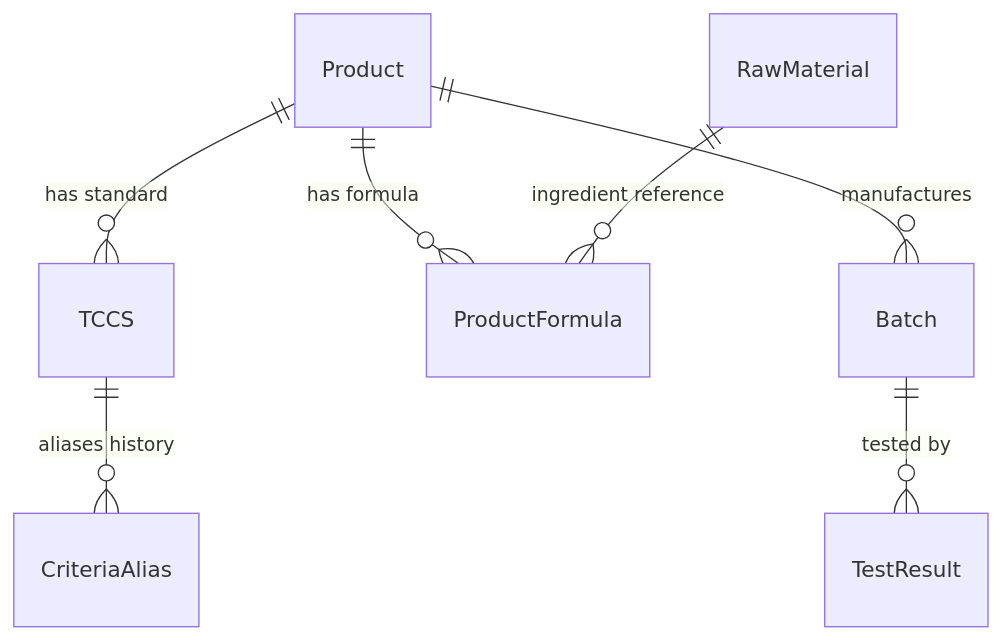
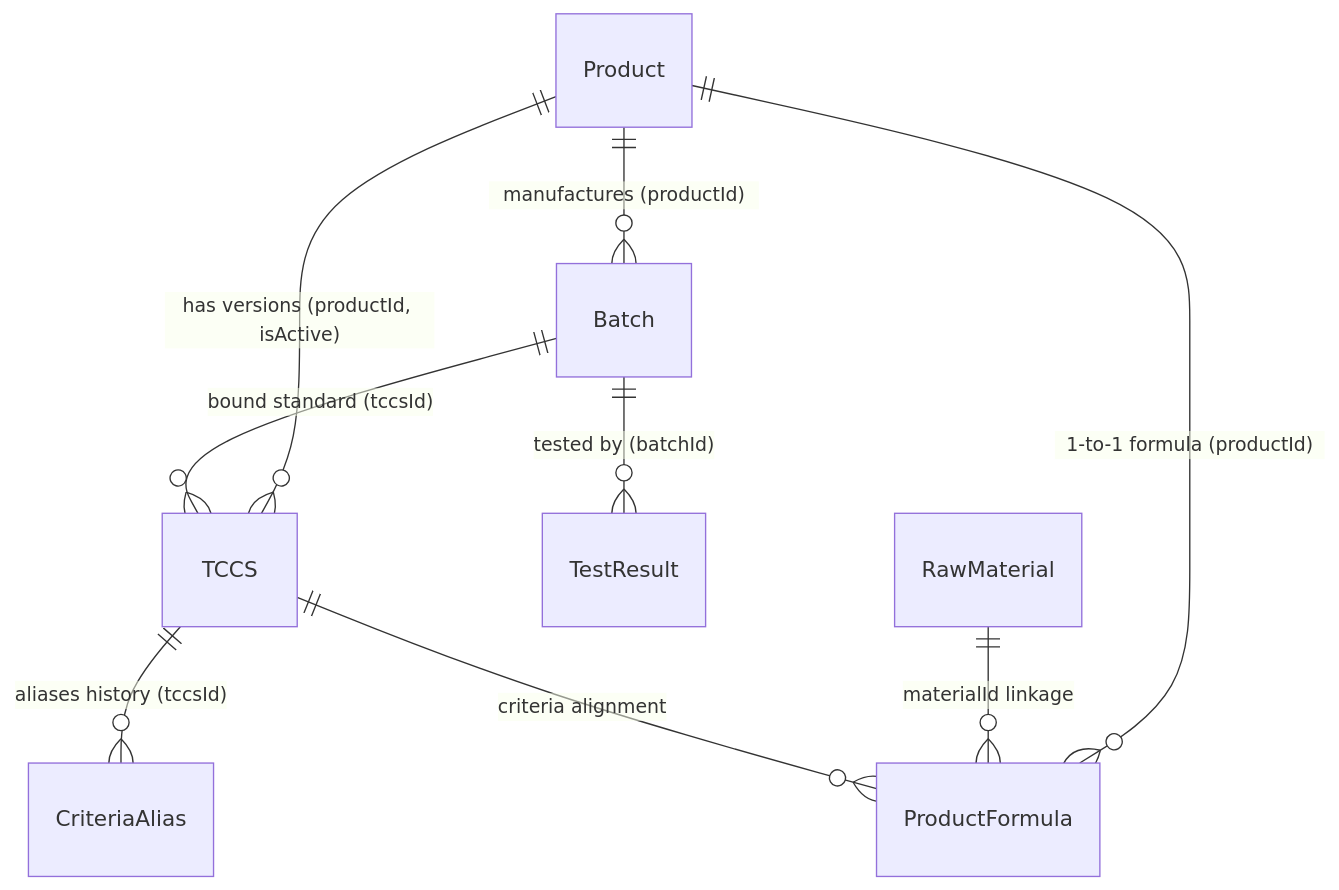
The diagram in PROJECT_OVERVIEW.md (bacnam1994/PQM), drawn with Mermaid before and after one commit. The commit also changed other lines of this file and 10 other files, not shown here.

Commit message:
feat(data-consistency): implement unified entity graph, data consistency engine v2.2.0 and auto-healing

````diff
--- a/PROJECT_OVERVIEW.md
+++ b/PROJECT_OVERVIEW.md
@@ -58,9 +61,11 @@
 ```mermaid
 erDiagram
-    Product ||--o{ TCCS : "has standard"
-    Product ||--o{ ProductFormula : "has formula"
-    Product ||--o{ Batch : "manufactures"
-    Batch ||--o{ TestResult : "tested by"
-    RawMaterial ||--o{ ProductFormula : "ingredient reference"
-    TCCS ||--o{ CriteriaAlias : "aliases history"
+    Product ||--o{ TCCS : "has versions (productId, isActive)"
+    Product ||--o{ ProductFormula : "1-to-1 formula (productId)"
+    Product ||--o{ Batch : "manufactures (productId)"
+    Batch ||--o{ TestResult : "tested by (batchId)"
+    Batch ||--o{ TCCS : "bound standard (tccsId)"
+    RawMaterial ||--o{ ProductFormula : "materialId linkage"
+    TCCS ||--o{ CriteriaAlias : "aliases history (tccsId)"
+    TCCS ||--o{ ProductFormula : "criteria alignment"
 ```
````
